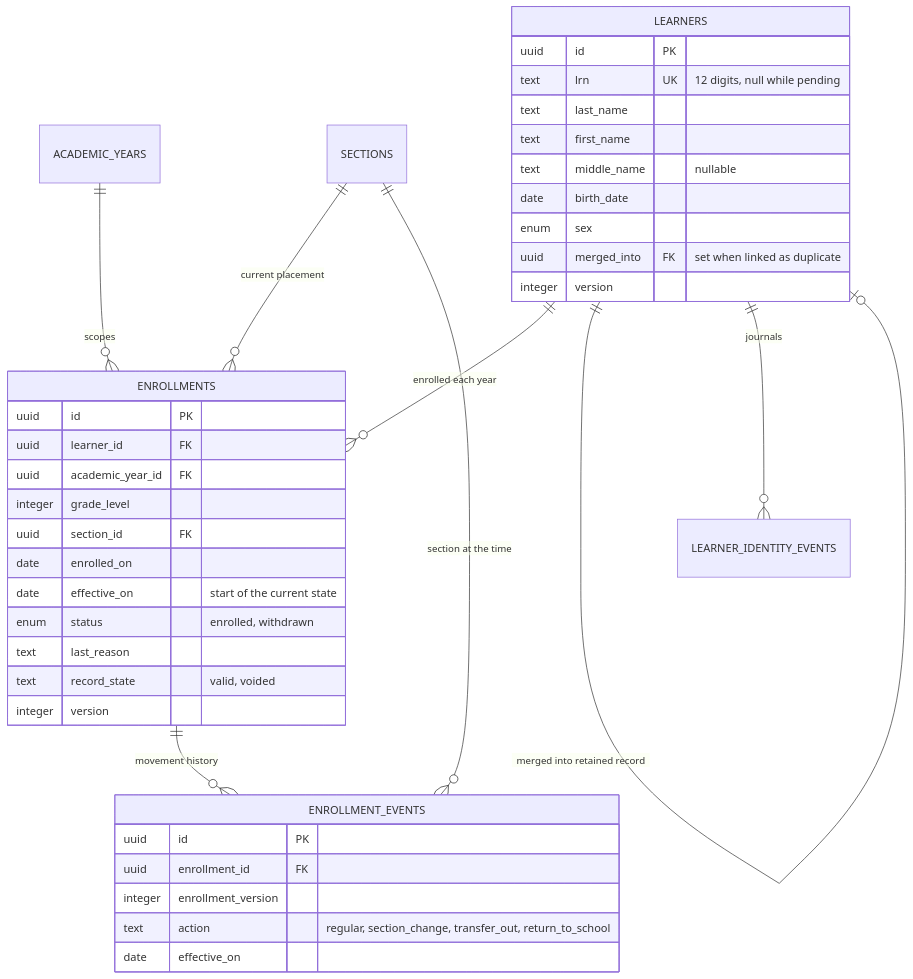
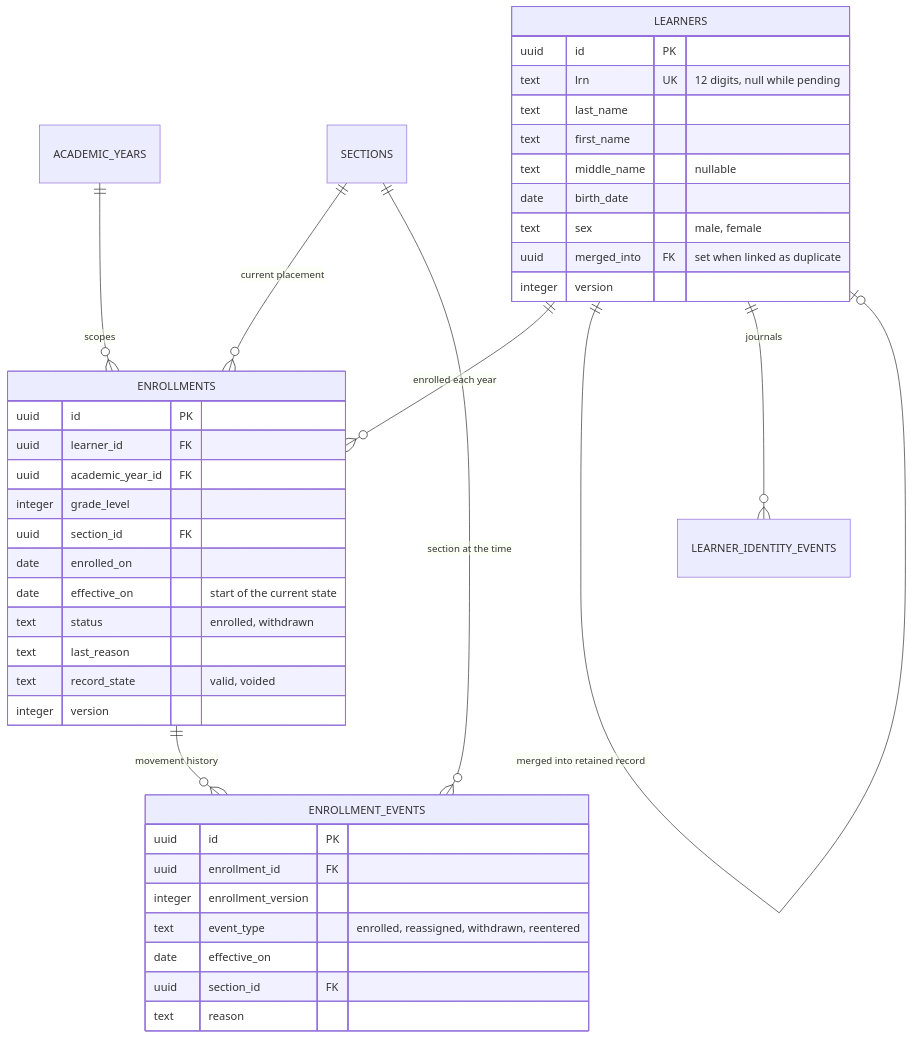
Before and after one commit to dayannnnn015/demo: the fourth of 10 diagrams in docs/erd.md, drawn with Mermaid. The commit also changed other lines of this file and 21 other files, not shown here.

````diff
--- a/docs/erd.md
+++ b/docs/erd.md
@@ -254,42 +254,44 @@
 ```mermaid
 erDiagram
   LEARNERS ||--o{ ENROLLMENTS : "enrolled each year"
   LEARNERS ||--o| LEARNERS : "merged into retained record"
   LEARNERS ||--o{ LEARNER_IDENTITY_EVENTS : journals
   ACADEMIC_YEARS ||--o{ ENROLLMENTS : scopes
   SECTIONS ||--o{ ENROLLMENTS : "current placement"
   ENROLLMENTS ||--o{ ENROLLMENT_EVENTS : "movement history"
   SECTIONS ||--o{ ENROLLMENT_EVENTS : "section at the time"
 
   LEARNERS {
     uuid id PK
     text lrn UK "12 digits, null while pending"
     text last_name
     text first_name
     text middle_name "nullable"
     date birth_date
-    enum sex
+    text sex "male, female"
     uuid merged_into FK "set when linked as duplicate"
     integer version
   }
   ENROLLMENTS {
     uuid id PK
     uuid learner_id FK
     uuid academic_year_id FK
     integer grade_level
     uuid section_id FK
     date enrolled_on
     date effective_on "start of the current state"
-    enum status "enrolled, withdrawn"
+    text status "enrolled, withdrawn"
     text last_reason
     text record_state "valid, voided"
     integer version
   }
   ENROLLMENT_EVENTS {
     uuid id PK
     uuid enrollment_id FK
     integer enrollment_version
-    text action "regular, section_change, transfer_out, return_to_school"
+    text event_type "enrolled, reassigned, withdrawn, reentered"
     date effective_on
+    uuid section_id FK
+    text reason
   }
 ```
````
